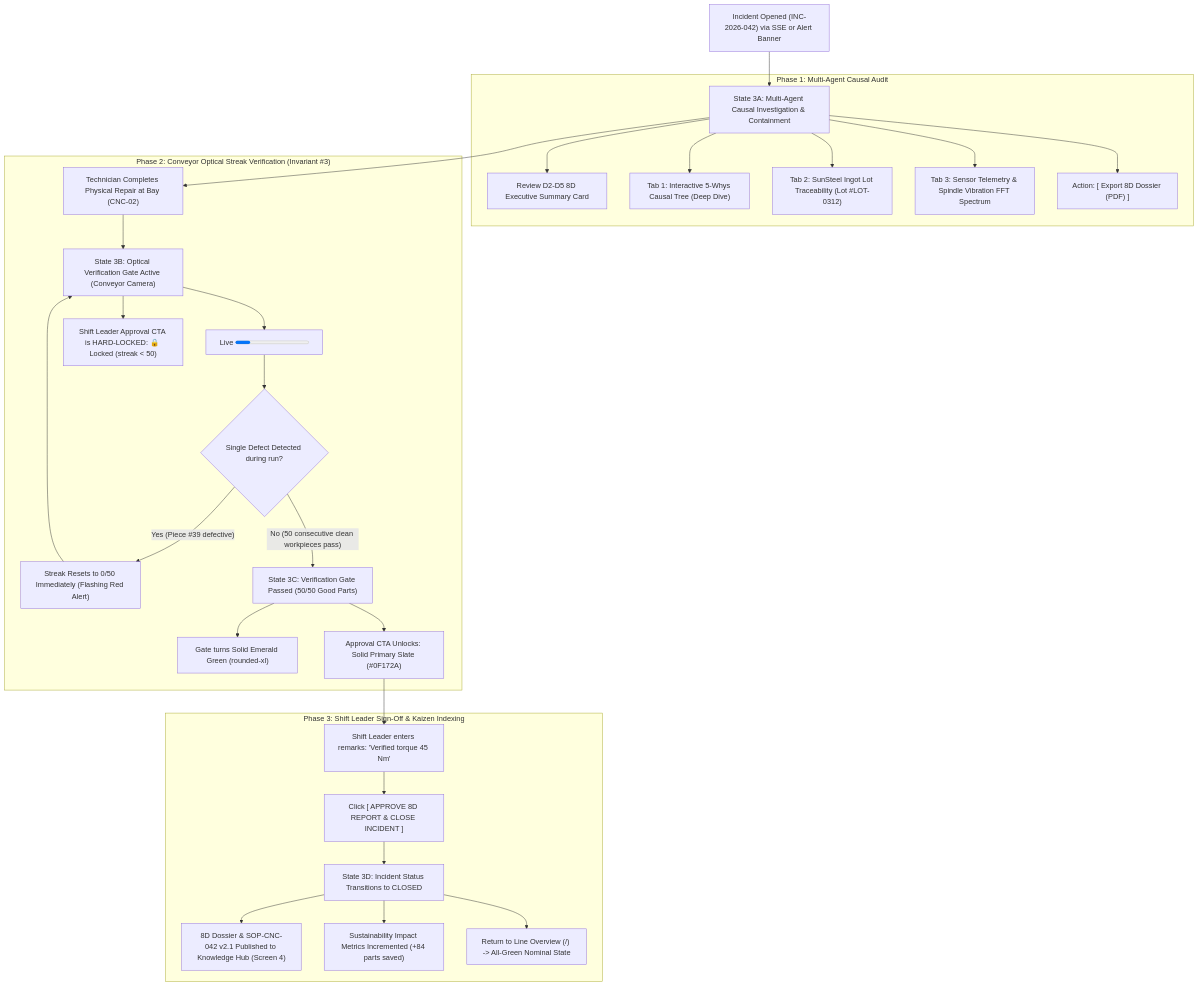
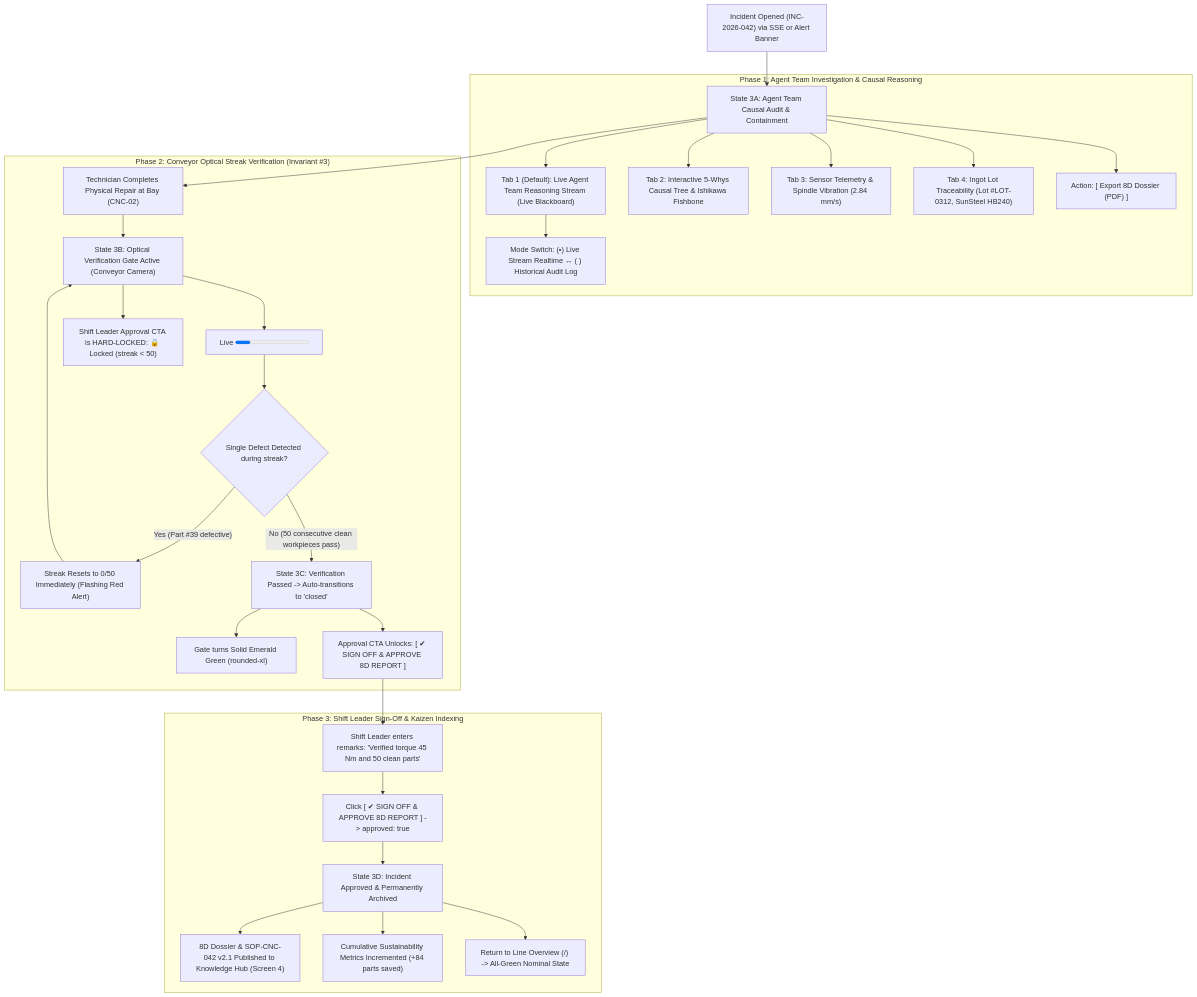
Before and after one commit to vanduc2514/hackathon-builder-cup-manufacturing-anomaly: the diagram in docs/wireframes/03_incident_workspace.md, drawn with Mermaid. The commit also changed other lines of this file and 9 other files, not shown here.

````diff
--- a/docs/wireframes/03_incident_workspace.md
+++ b/docs/wireframes/03_incident_workspace.md
@@ -15,36 +16,37 @@
 ```mermaid
 flowchart TD
-    A["Incident Opened (INC-2026-042) via SSE or Alert Banner"] --> B["State 3A: Multi-Agent Causal Investigation & Containment"]
+    A["Incident Opened (INC-2026-042) via SSE or Alert Banner"] --> B["State 3A: Agent Team Causal Audit & Containment"]
     
-    subgraph Investigate ["Phase 1: Multi-Agent Causal Audit"]
-        B --> B1["Review D2-D5 8D Executive Summary Card"]
-        B --> B2["Tab 1: Interactive 5-Whys Causal Tree (Deep Dive)"]
-        B --> B3["Tab 2: SunSteel Ingot Lot Traceability (Lot #LOT-0312)"]
-        B --> B4["Tab 3: Sensor Telemetry & Spindle Vibration FFT Spectrum"]
+    subgraph Investigate ["Phase 1: Agent Team Investigation & Causal Reasoning"]
+        B --> B1["Tab 1 (Default): Live Agent Team Reasoning Stream (Live Blackboard)"]
+        B1 --> B1A["Mode Switch: (•) Live Stream Realtime ↔ ( ) Historical Audit Log"]
+        B --> B2["Tab 2: Interactive 5-Whys Causal Tree & Ishikawa Fishbone"]
+        B --> B3["Tab 3: Sensor Telemetry & Spindle Vibration (2.84 mm/s)"]
+        B --> B4["Tab 4: Ingot Lot Traceability (Lot #LOT-0312, SunSteel HB240)"]
         B --> B5["Action: [ Export 8D Dossier (PDF) ]"]
     end
     
     subgraph VerificationGate ["Phase 2: Conveyor Optical Streak Verification (Invariant #3)"]
         B --> C["Technician Completes Physical Repair at Bay (CNC-02)"]
         C --> D["State 3B: Optical Verification Gate Active (Conveyor Camera)"]
         D --> D1["Live <Progress> Bar Increments via SSE (0..49 / 50 Good Parts)"]
         D --> D2["Shift Leader Approval CTA is HARD-LOCKED: 🔒 Locked (streak < 50)"]
         
-        D1 --> E{"Single Defect Detected during run?"}
-        E -->|"Yes (Piece #39 defective)"| F["Streak Resets to 0/50 Immediately (Flashing Red Alert)"]
+        D1 --> E{"Single Defect Detected during streak?"}
+        E -->|"Yes (Part #39 defective)"| F["Streak Resets to 0/50 Immediately (Flashing Red Alert)"]
         F --> D
         
-        E -->|"No (50 consecutive clean workpieces pass)"| G["State 3C: Verification Gate Passed (50/50 Good Parts)"]
+        E -->|"No (50 consecutive clean workpieces pass)"| G["State 3C: Verification Passed -> Auto-transitions to 'closed'"]
         G --> G1["Gate turns Solid Emerald Green (rounded-xl)"]
-        G --> G2["Approval CTA Unlocks: Solid Primary Slate (#0F172A)"]
+        G --> G2["Approval CTA Unlocks: [ ✔ SIGN OFF & APPROVE 8D REPORT ]"]
     end
     
     subgraph Signoff ["Phase 3: Shift Leader Sign-Off & Kaizen Indexing"]
-        G2 --> H["Shift Leader enters remarks: 'Verified torque 45 Nm'"]
-        H --> I["Click [ APPROVE 8D REPORT & CLOSE INCIDENT ]"]
-        I --> J["State 3D: Incident Status Transitions to CLOSED"]
+        G2 --> H["Shift Leader enters remarks: 'Verified torque 45 Nm and 50 clean parts'"]
+        H --> I["Click [ ✔ SIGN OFF & APPROVE 8D REPORT ] -> approved: true"]
+        I --> J["State 3D: Incident Approved & Permanently Archived"]
         J --> J1["8D Dossier & SOP-CNC-042 v2.1 Published to Knowledge Hub (Screen 4)"]
-        J --> J2["Sustainability Impact Metrics Incremented (+84 parts saved)"]
+        J --> J2["Cumulative Sustainability Metrics Incremented (+84 parts saved)"]
         J --> J3["Return to Line Overview (/) -> All-Green Nominal State"]
     end
 ```
````
